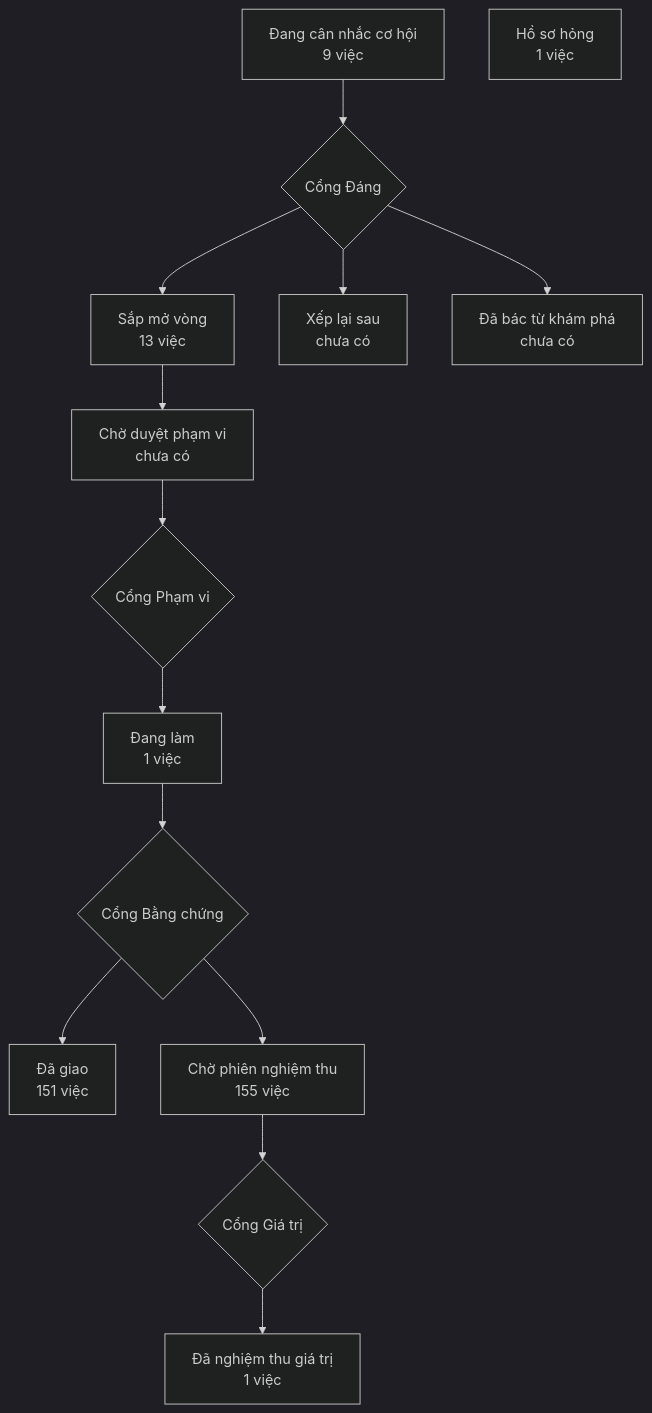
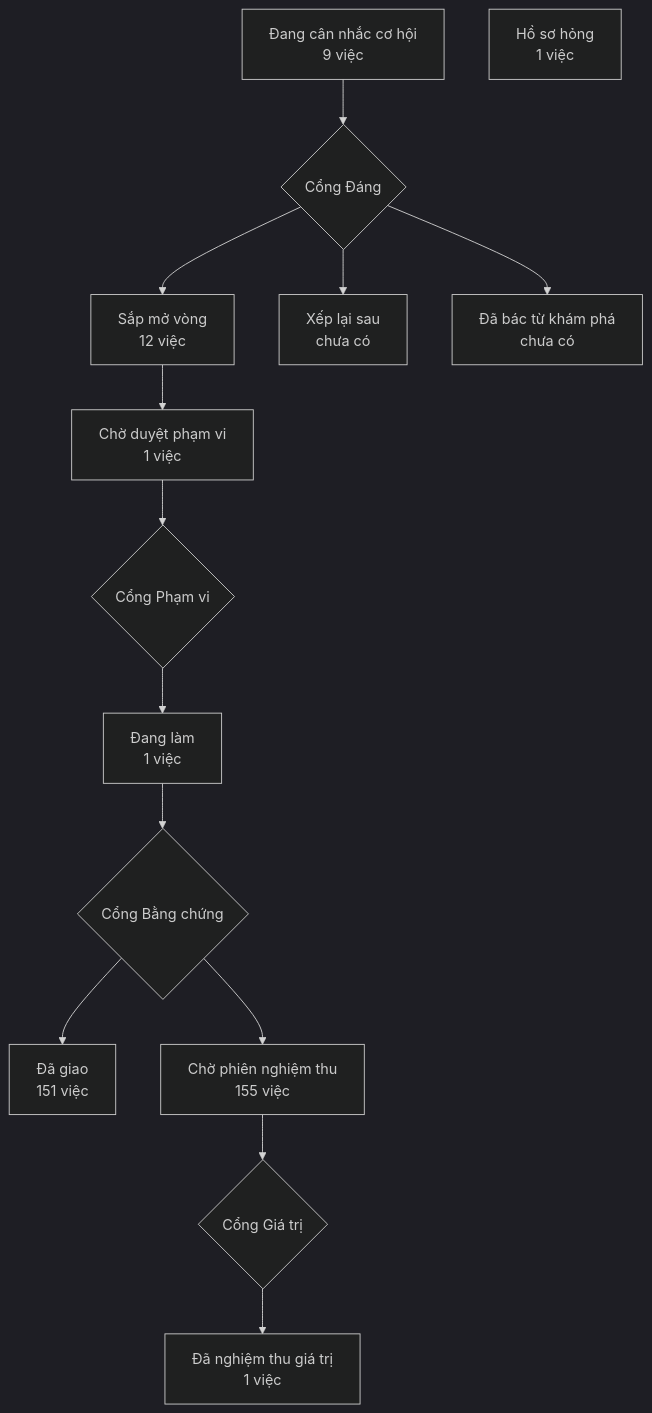
The diagram in PRODUCT-MAP.md (phanlemanh/crm-onehub), drawn with Mermaid (dark theme) before and after one commit. The commit also changed other lines of this file and 9 other files, not shown here.

````diff
--- a/PRODUCT-MAP.md
+++ b/PRODUCT-MAP.md
@@ -7,13 +7,13 @@
 ```mermaid
 flowchart TD
   A["Đang cân nhắc cơ hội<br/>9 việc"] --> GD{"Cổng Đáng"}
-  GD --> B["Sắp mở vòng<br/>13 việc"]
+  GD --> B["Sắp mở vòng<br/>12 việc"]
   GD --> XL["Xếp lại sau<br/>chưa có"]
   GD --> DB["Đã bác từ khám phá<br/>chưa có"]
-  B --> CD["Chờ duyệt phạm vi<br/>chưa có"] --> GP{"Cổng Phạm vi"}
+  B --> CD["Chờ duyệt phạm vi<br/>1 việc"] --> GP{"Cổng Phạm vi"}
   GP --> DL["Đang làm<br/>1 việc"] --> GB{"Cổng Bằng chứng"}
   GB --> DG["Đã giao<br/>151 việc"]
   GB --> CN["Chờ phiên nghiệm thu<br/>155 việc"] --> GG{"Cổng Giá trị"}
   GG --> NT["Đã nghiệm thu giá trị<br/>1 việc"]
   HS["Hồ sơ hỏng<br/>1 việc"]
 ```
````
